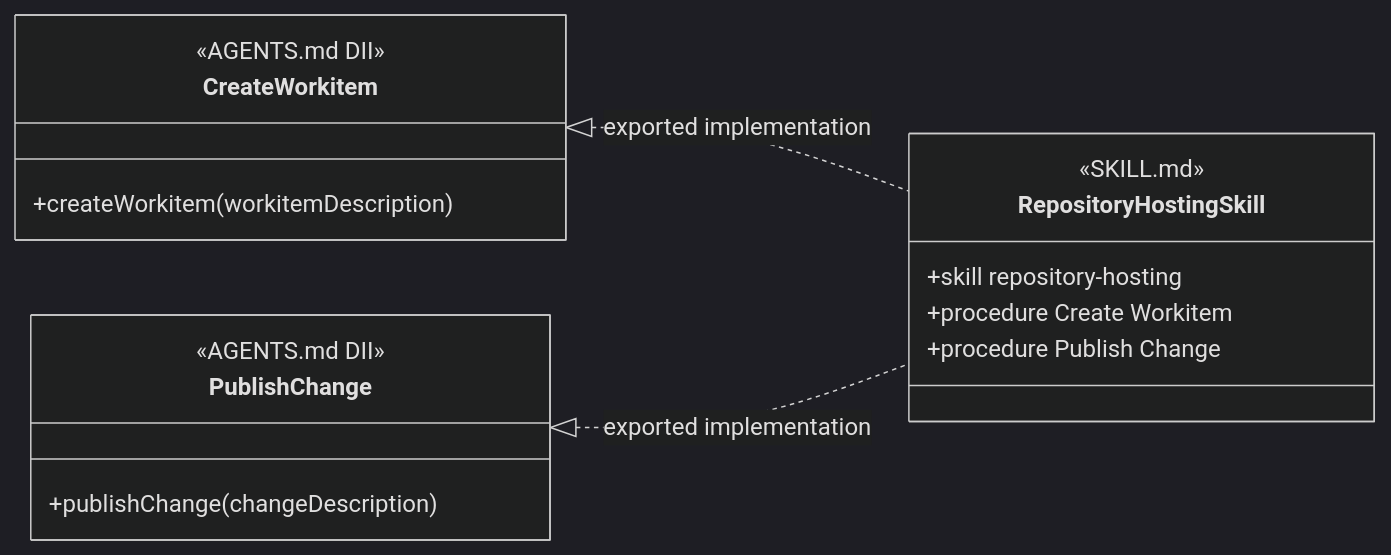
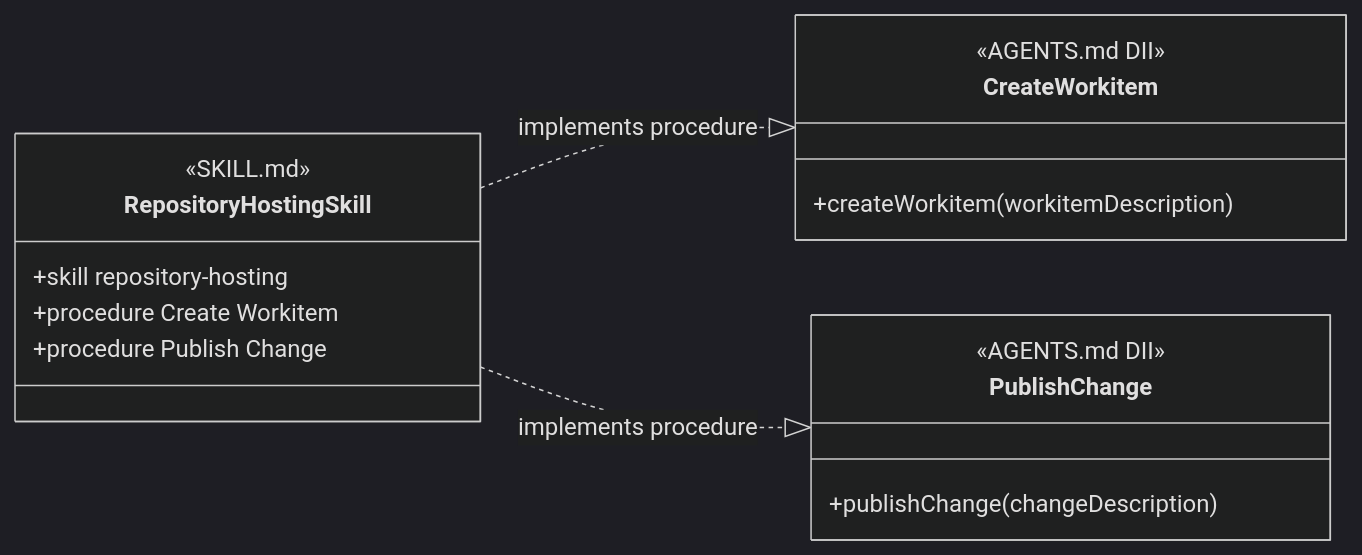
One commit to martinbechard/dev-methodology changed the ninth of 12 diagrams in design/object-oriented-agent-and-skill-model.md. Above: the diagram before and after it, drawn with Mermaid (dark theme). The commit also changed other lines of this file and 2 other files, not shown here.

Commit message:
Define diagram relationship notation

````diff
--- a/design/object-oriented-agent-and-skill-model.md
+++ b/design/object-oriented-agent-and-skill-model.md
@@ -419,24 +497,24 @@
 ```mermaid
 classDiagram
     direction LR
 
     class CreateWorkitem {
         <<AGENTS.md DII>>
         +createWorkitem(workitemDescription)
     }
 
     class PublishChange {
         <<AGENTS.md DII>>
         +publishChange(changeDescription)
     }
 
     class RepositoryHostingSkill {
         <<SKILL.md>>
         +skill repository-hosting
         +procedure Create Workitem
         +procedure Publish Change
     }
 
-    CreateWorkitem <|.. RepositoryHostingSkill : exported implementation
-    PublishChange <|.. RepositoryHostingSkill : exported implementation
+    RepositoryHostingSkill ..|> CreateWorkitem : implements procedure
+    RepositoryHostingSkill ..|> PublishChange : implements procedure
 ```
````
